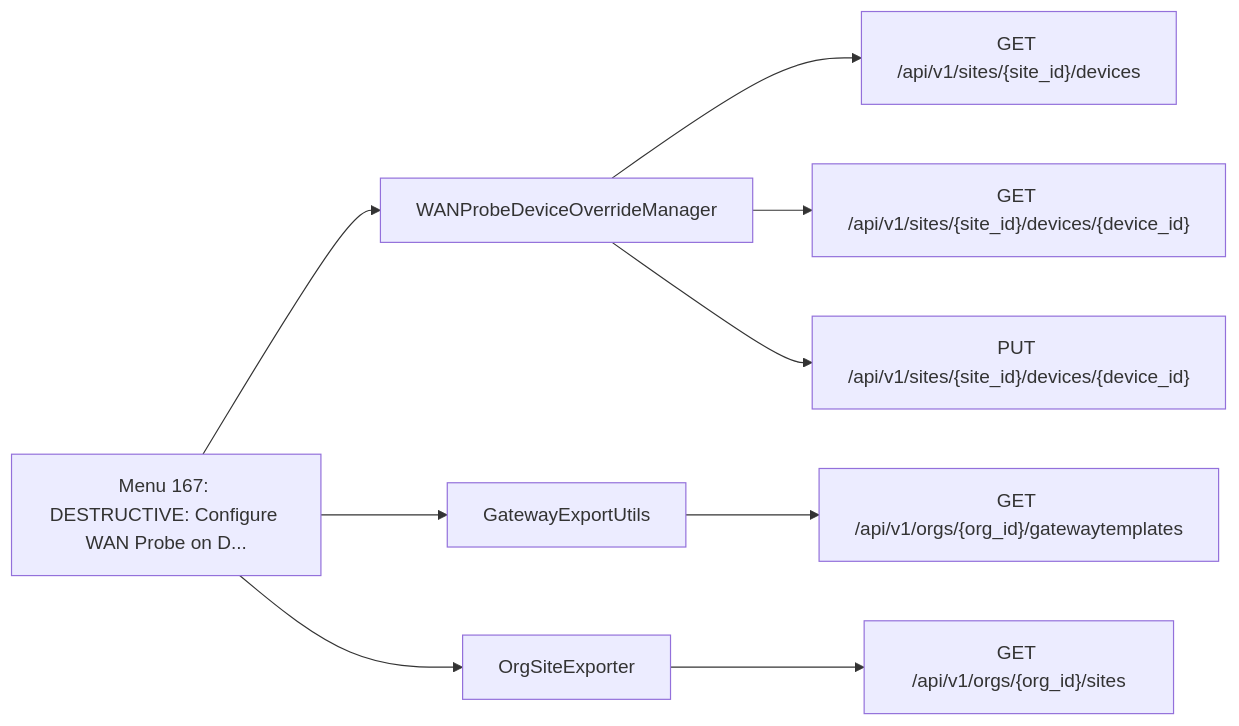
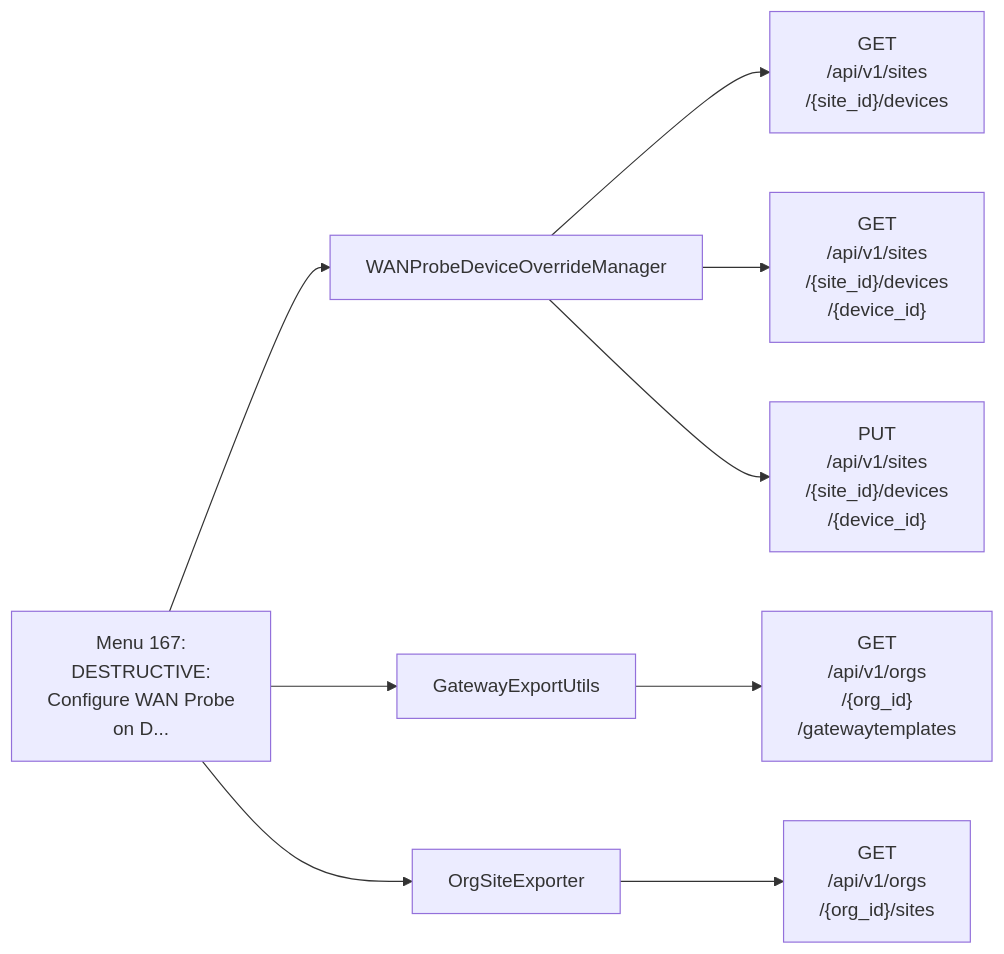
Diagram 15 of 41 in documentation/menu-api/destructive.md (jmorrison-juniper/MistHelper), drawn with Mermaid before and after one commit. The commit also changed other lines of this file and 19 other files, not shown here.

First line of the commit message:
docs(menu-api): fit the Mermaid diagrams to the wiki column

````diff
--- a/documentation/menu-api/destructive.md
+++ b/documentation/menu-api/destructive.md
@@ -631,12 +430,12 @@
 ```mermaid
 flowchart LR
-    menu["Menu 167: DESTRUCTIVE: Configure WAN Probe on D..."]
+    menu["Menu 167:<br/>DESTRUCTIVE:<br/>Configure WAN Probe<br/>on D..."]
     menu --> c1["WANProbeDeviceOverrideManager"]
-    c1 --> e1["GET /api/v1/sites/{site_id}/devices"]
-    c1 --> e2["GET /api/v1/sites/{site_id}/devices/{device_id}"]
-    c1 --> e3["PUT /api/v1/sites/{site_id}/devices/{device_id}"]
+    c1 --> e1["GET<br/>/api/v1/sites<br/>/{site_id}/devices"]
+    c1 --> e2["GET<br/>/api/v1/sites<br/>/{site_id}/devices<br/>/{device_id}"]
+    c1 --> e3["PUT<br/>/api/v1/sites<br/>/{site_id}/devices<br/>/{device_id}"]
     menu --> c2["GatewayExportUtils"]
-    c2 --> e4["GET /api/v1/orgs/{org_id}/gatewaytemplates"]
+    c2 --> e4["GET<br/>/api/v1/orgs<br/>/{org_id}<br/>/gatewaytemplates"]
     menu --> c3["OrgSiteExporter"]
-    c3 --> e5["GET /api/v1/orgs/{org_id}/sites"]
+    c3 --> e5["GET<br/>/api/v1/orgs<br/>/{org_id}/sites"]
 ```
````
